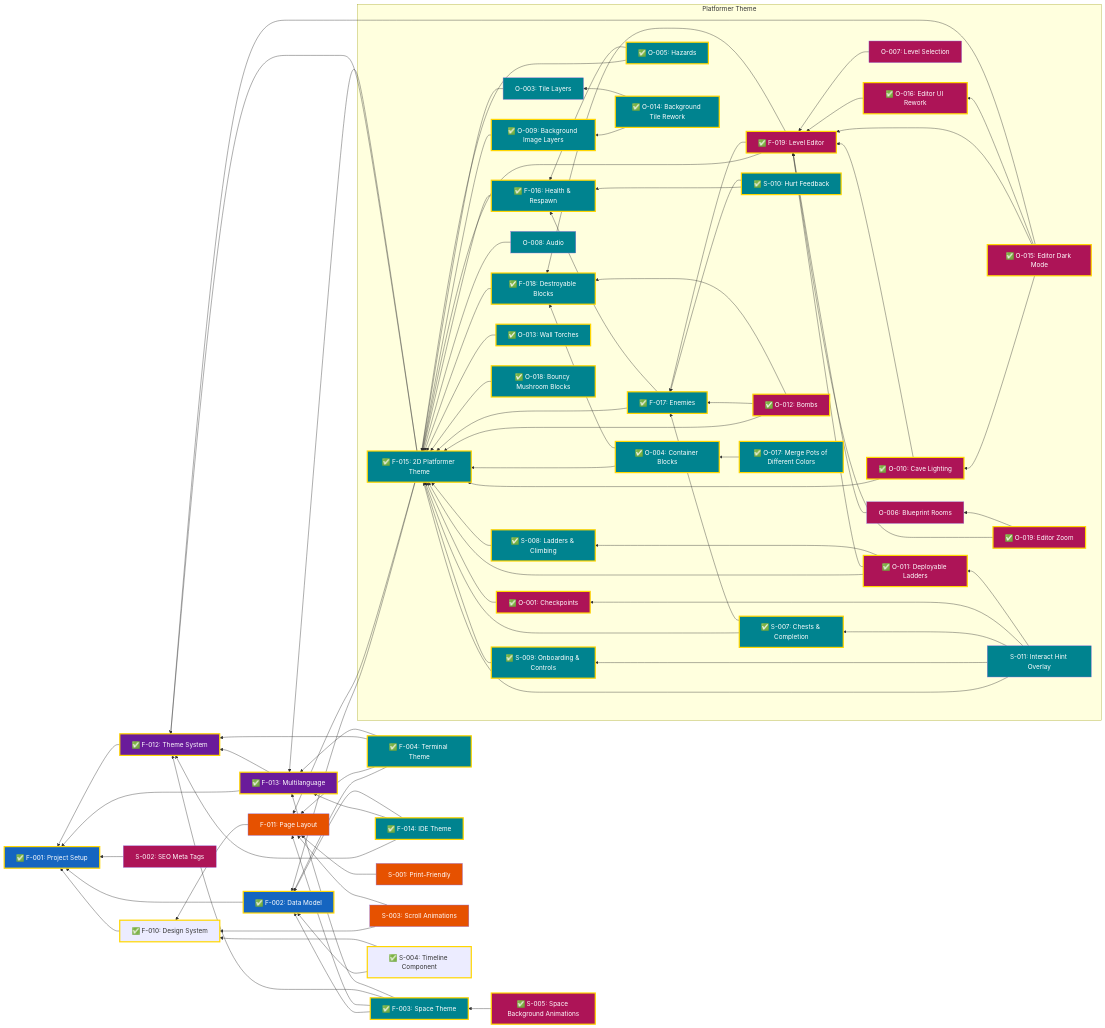
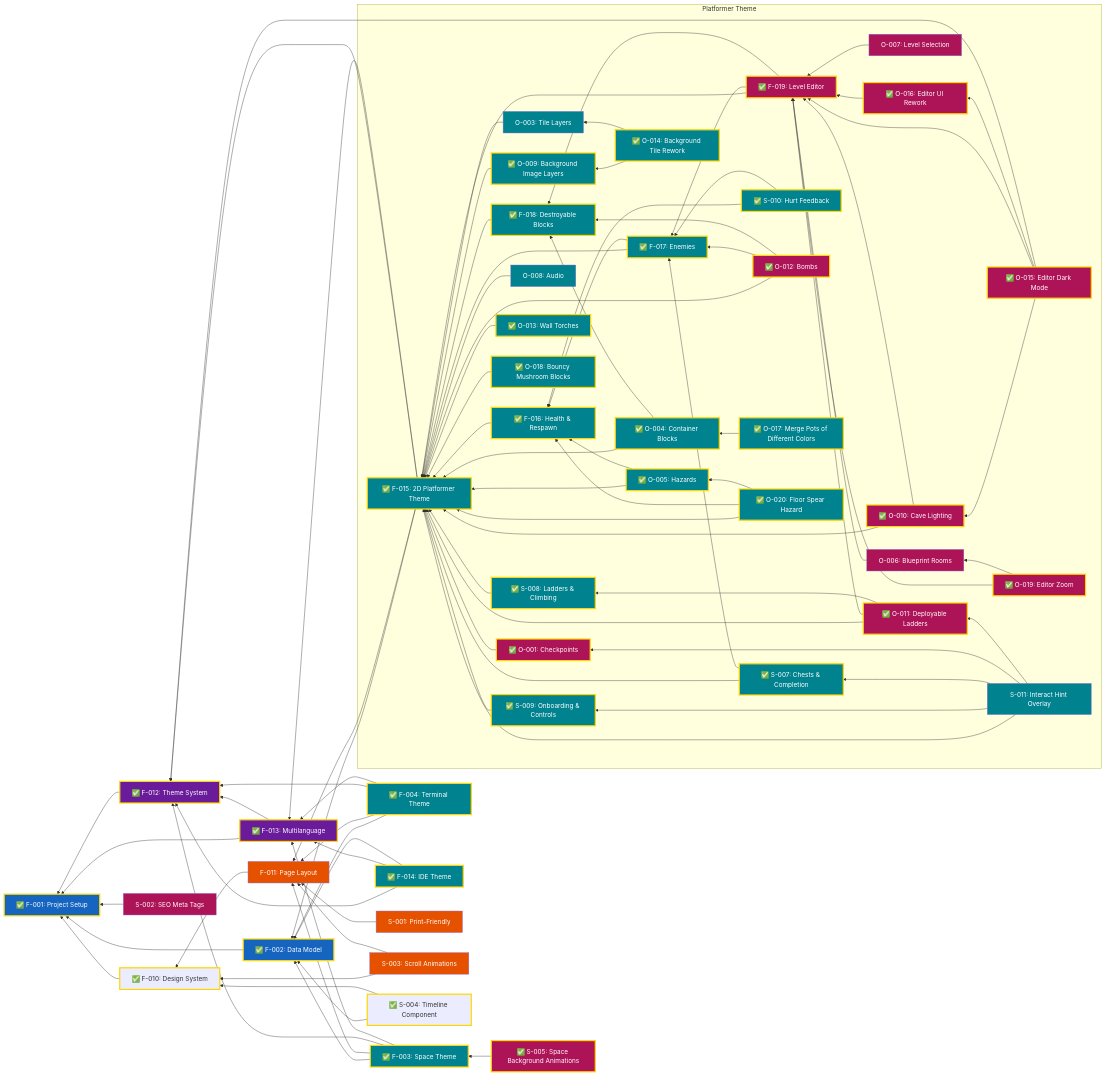
Before and after one commit to garcipat/cv-website: the diagram in docs/Features.md, drawn with Mermaid. The commit also changed 44 other files, not shown here.

First line of the commit message:
feat(platformer): add floor spear hazard (O-020)

```diff
--- a/docs/Features.md
+++ b/docs/Features.md
@@ -51,6 +51,7 @@
         O017["✅ O-017: Merge Pots of Different Colors"]
         O018["✅ O-018: Bouncy Mushroom Blocks"]
         O019["✅ O-019: Editor Zoom"]
+        O020["✅ O-020: Floor Spear Hazard"]
         S011["S-011: Interact Hint Overlay"]
     end
 
@@ -127,6 +128,10 @@
     O019 --> F019
     O019 --> O006
 
+    O020 --> F015
+    O020 --> F016
+    O020 --> O005
+
     S011 --> F015
     S011 --> S009
     S011 --> S007
@@ -164,6 +169,8 @@
     class O018 done
     class F019,O006,O007,O010,O011,O012,O015,O016,O019 enhancements
     class O019 done
+    class O020 themes
+    class O020 done
     class O012 done
     class F015,F016,F017,F018,F019,S007,S008,S009,S010,O004,O005,O009 done
     class O013 done
```
